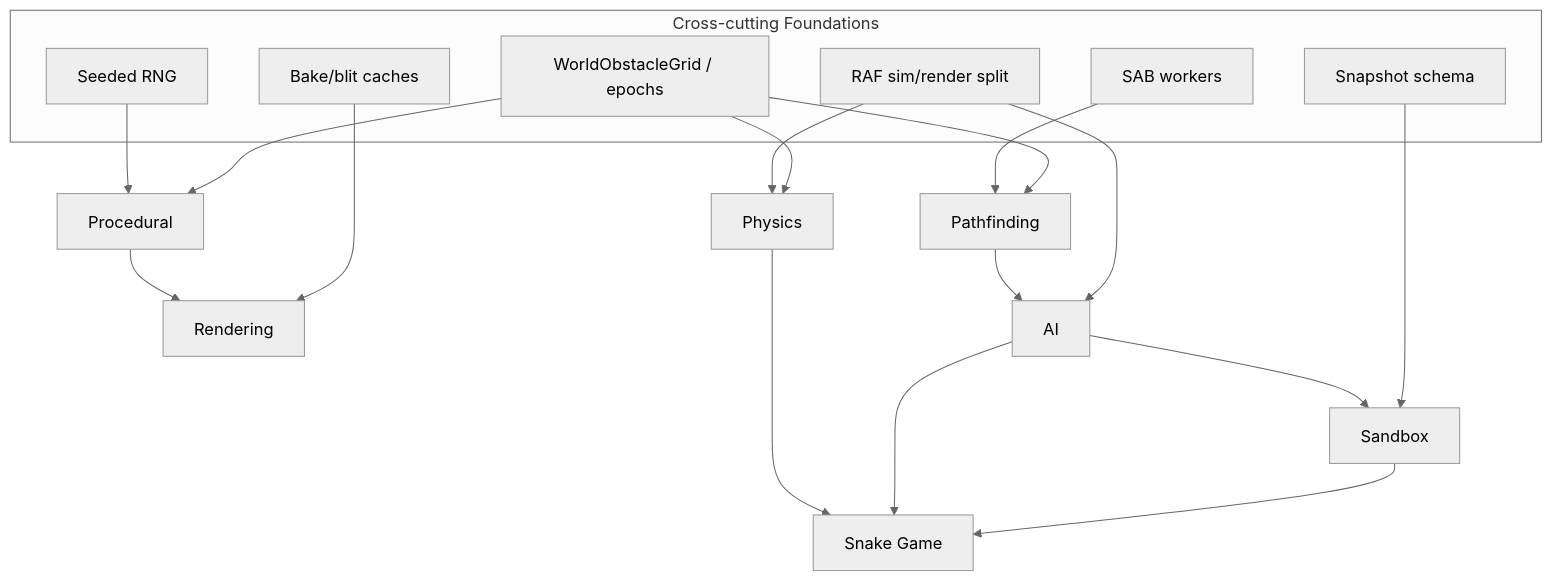
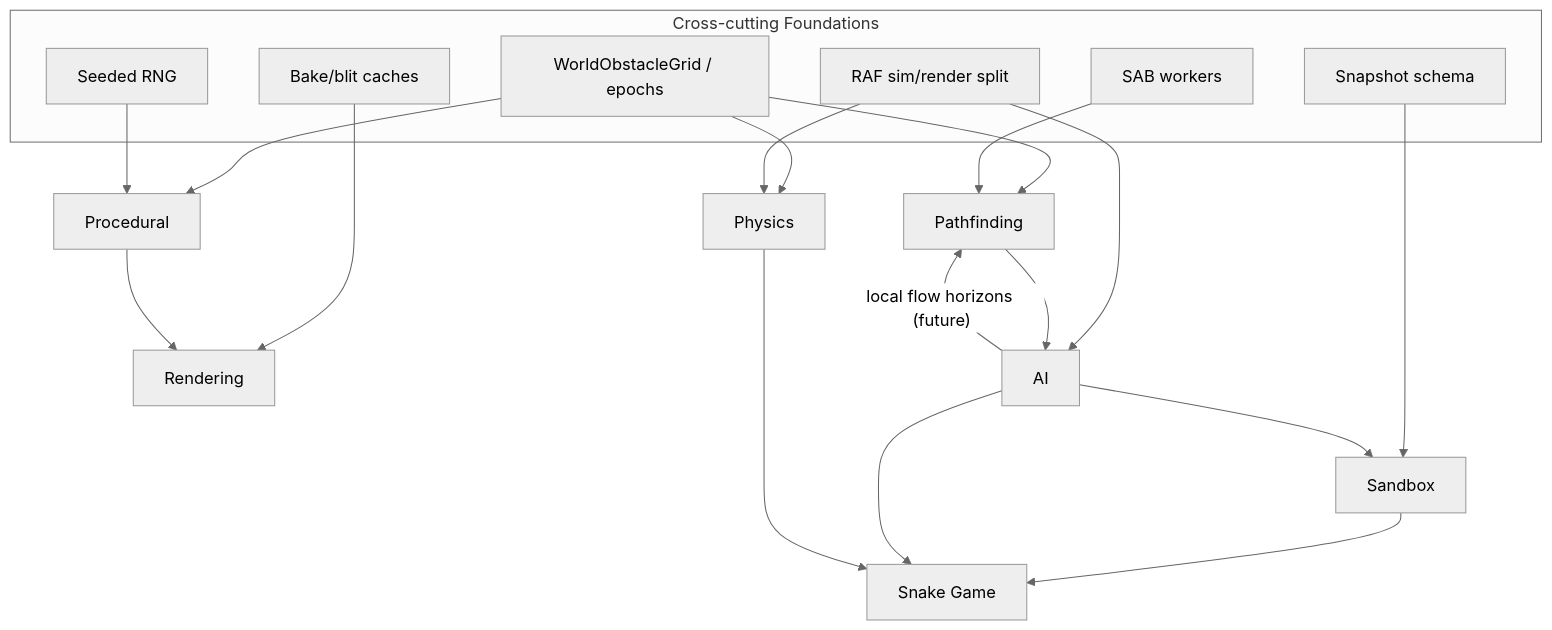
The diagram in Plans/ROADMAP.md (mistercatface/tower), drawn with Mermaid (neutral theme) before and after one commit. The commit also changed other lines of this file and 11 other files, not shown here.

````diff
--- a/Plans/ROADMAP.md
+++ b/Plans/ROADMAP.md
@@ -91,35 +93,36 @@
 ```mermaid
 flowchart TB
     subgraph foundations [Cross-cutting Foundations]
         grid["WorldObstacleGrid / epochs"]
         rng["Seeded RNG"]
         workers["SAB workers"]
         cache["Bake/blit caches"]
         snapshot["Snapshot schema"]
         tick["RAF sim/render split"]
     end
 
     physics[Physics]
     pathfinding[Pathfinding]
     rendering[Rendering]
     procedural[Procedural]
     ai[AI]
     sandbox[Sandbox]
     snake["Snake Game"]
 
     grid --> physics
     grid --> pathfinding
     grid --> procedural
     workers --> pathfinding
     cache --> rendering
     rng --> procedural
     snapshot --> sandbox
     tick --> physics
     tick --> ai
     procedural --> rendering
     pathfinding --> ai
+    ai -->|"local flow horizons (future)"| pathfinding
     ai --> sandbox
     sandbox --> snake
     ai --> snake
     physics --> snake
 ```
````
